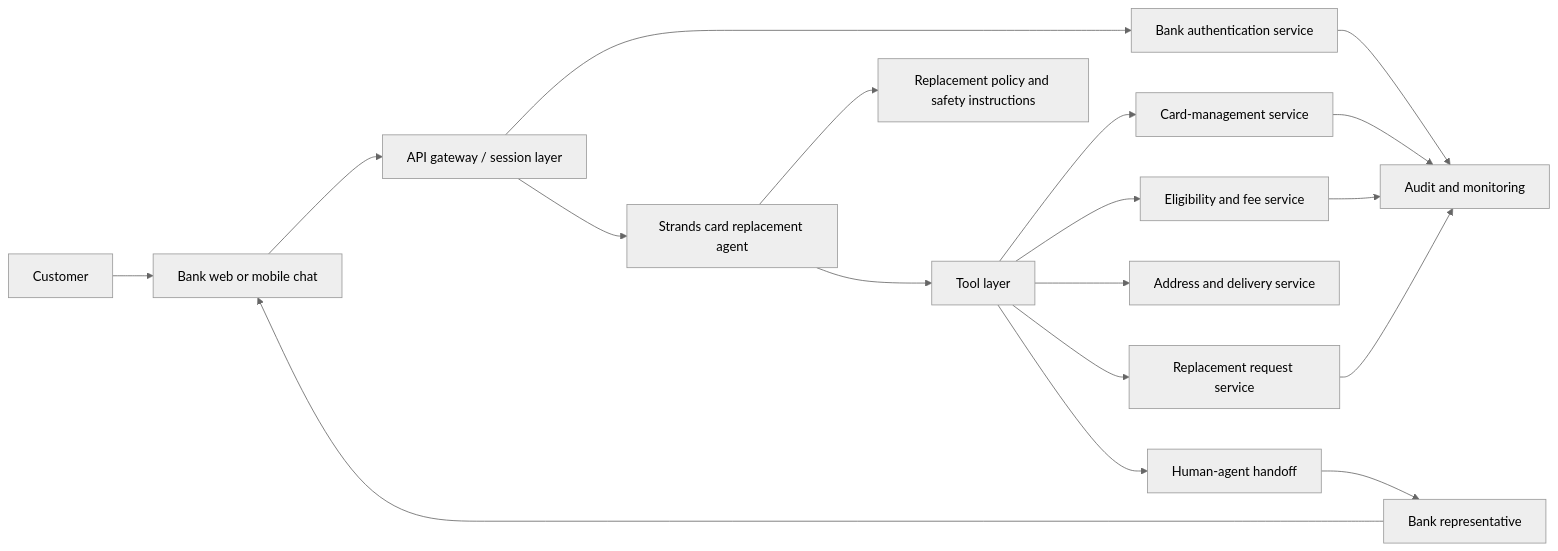
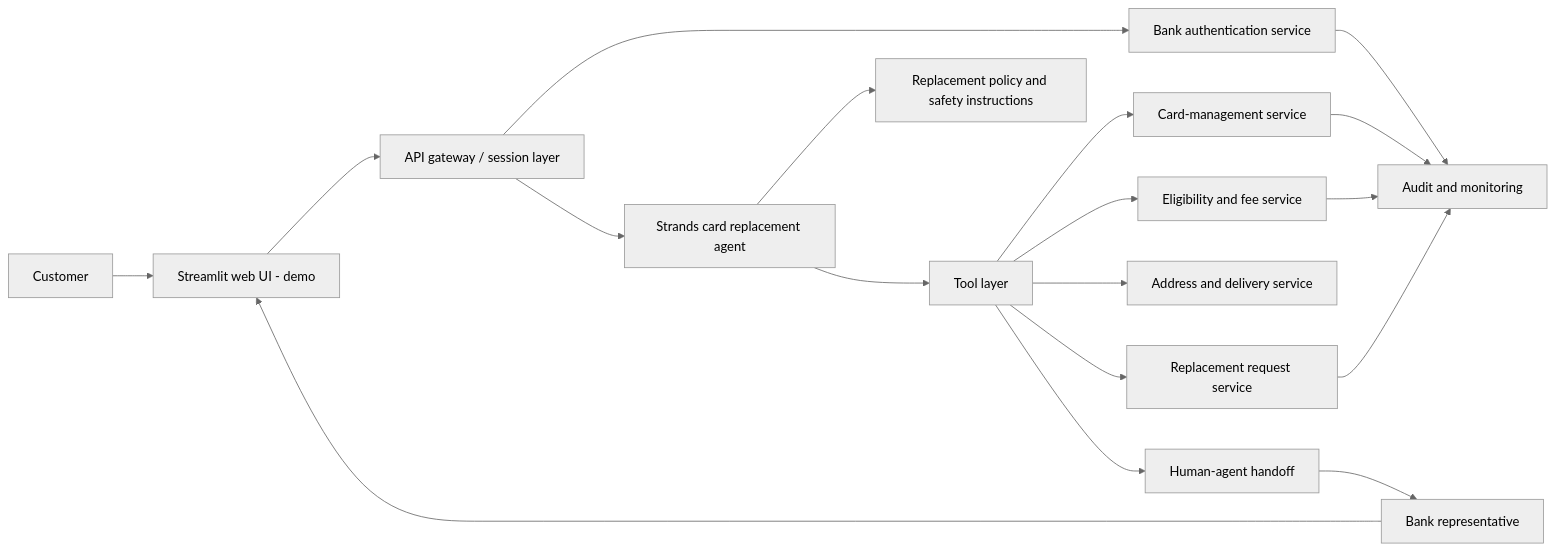
Before and after one commit to pethepp14/Strands-Agent: the first of 2 diagrams in ARCHITECTURE.md, drawn with Mermaid (neutral theme). The commit also changed 8 other files, not shown here.

````diff
--- a/ARCHITECTURE.md
+++ b/ARCHITECTURE.md
@@ -9,22 +9,22 @@
 ```mermaid
 flowchart LR
-    C[Customer] --> UI[Bank web or mobile chat]
+    C[Customer] --> UI[Streamlit web UI - demo]
     UI --> GW[API gateway / session layer]
     GW --> AUTH[Bank authentication service]
     GW --> A[Strands card replacement agent]
 
     A --> P[Replacement policy and safety instructions]
     A --> T[Tool layer]
     T --> CARD[Card-management service]
     T --> ELIG[Eligibility and fee service]
     T --> DEL[Address and delivery service]
     T --> CASE[Replacement request service]
     T --> ESC[Human-agent handoff]
 
     AUTH --> AUDIT[Audit and monitoring]
     CARD --> AUDIT
     ELIG --> AUDIT
     CASE --> AUDIT
     ESC --> H[Bank representative]
     H --> UI
 ```
````
